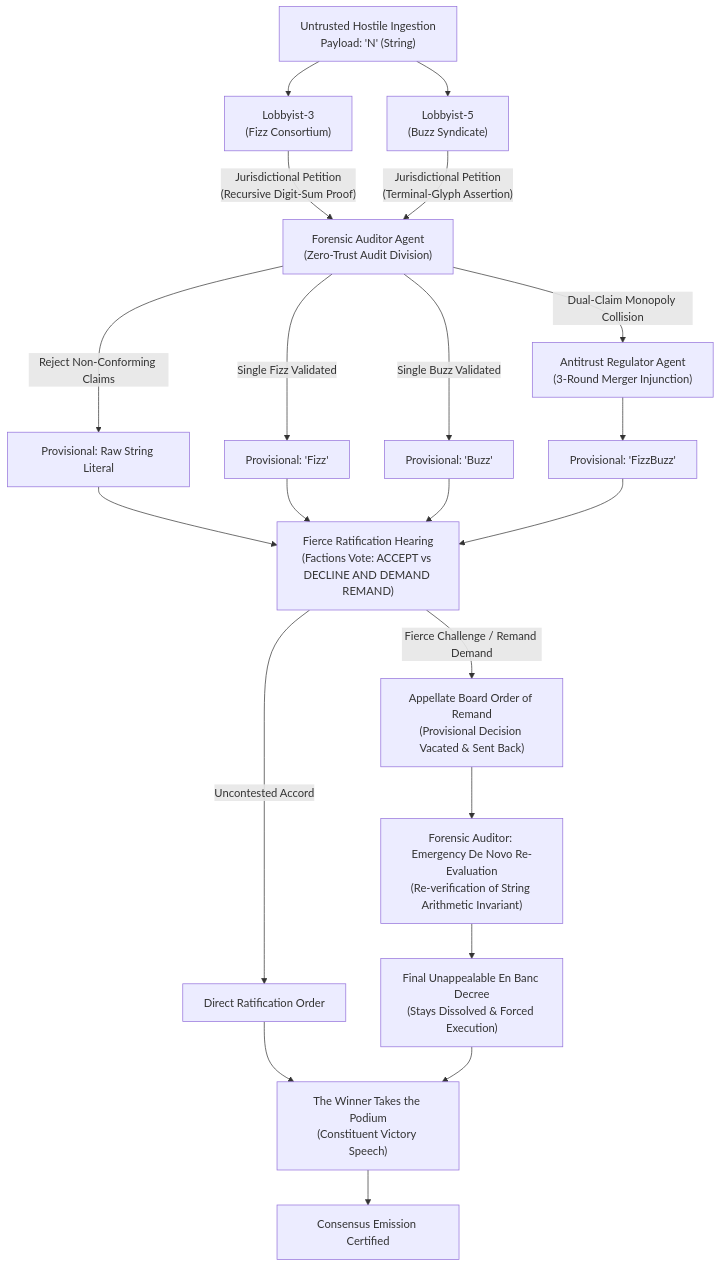
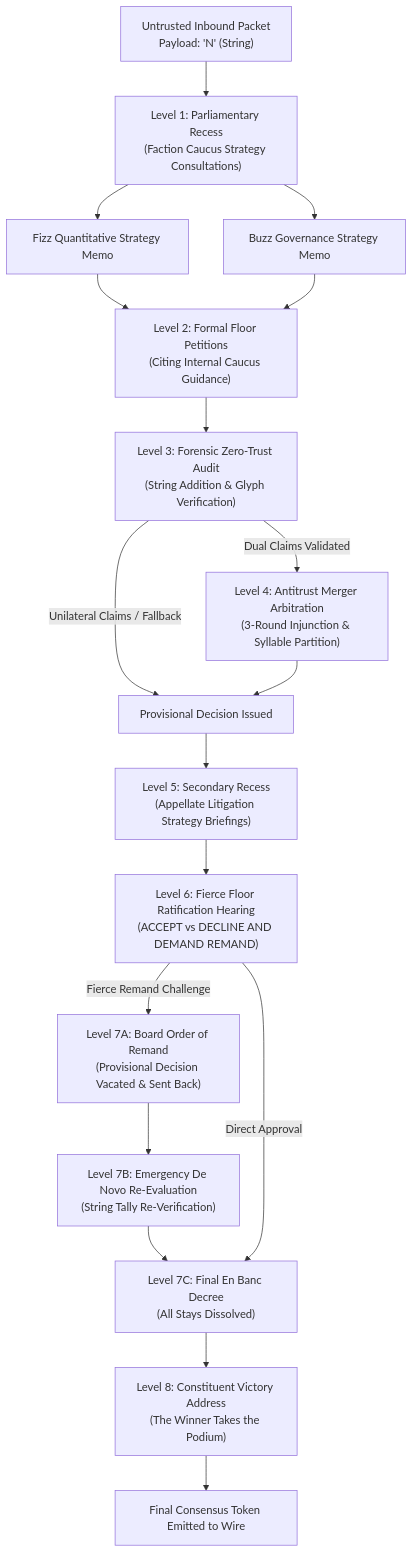
Before and after one commit to adamoutler/byzantine-fizzbuzz: the diagram in README.md, drawn with Mermaid. The commit also changed other lines of this file and 2 other files, not shown here.

Commit message:
feat: implement 8-level multi-tier bureaucracy with closed-door strategy caucuses and parliamentary recesses

````diff
--- a/README.md
+++ b/README.md
@@ -22,29 +21,28 @@
 ```mermaid
 flowchart TD
-    Ingest["Untrusted Hostile Ingestion<br>Payload: 'N' (String)"] --> L3["Lobbyist-3<br>(Fizz Consortium)"]
-    Ingest --> L5["Lobbyist-5<br>(Buzz Syndicate)"]
-
-    L3 -- "Jurisdictional Petition<br>(Recursive Digit-Sum Proof)" --> Auditor["Forensic Auditor Agent<br>(Zero-Trust Audit Division)"]
-    L5 -- "Jurisdictional Petition<br>(Terminal-Glyph Assertion)" --> Auditor
-
-    Auditor -- "Reject Non-Conforming Claims" --> ProvLiteral["Provisional: Raw String Literal"]
-    Auditor -- "Single Fizz Validated" --> ProvFizz["Provisional: 'Fizz'"]
-    Auditor -- "Single Buzz Validated" --> ProvBuzz["Provisional: 'Buzz'"]
-    Auditor -- "Dual-Claim Monopoly Collision" --> FTC["Antitrust Regulator Agent<br>(3-Round Merger Injunction)"]
-    FTC --> ProvFizzBuzz["Provisional: 'FizzBuzz'"]
-
-    ProvLiteral --> Ratify["Fierce Ratification Hearing<br>(Factions Vote: ACCEPT vs DECLINE AND DEMAND REMAND)"]
-    ProvFizz --> Ratify
-    ProvBuzz --> Ratify
-    ProvFizzBuzz --> Ratify
-
-    Ratify -- "Uncontested Accord" --> DirectOverride["Direct Ratification Order"]
-    Ratify -- "Fierce Challenge / Remand Demand" --> Remand["Appellate Board Order of Remand<br>(Provisional Decision Vacated & Sent Back)"]
-
-    Remand --> DeNovo["Forensic Auditor: Emergency De Novo Re-Evaluation<br>(Re-verification of String Arithmetic Invariant)"]
-    DeNovo --> EnBanc["Final Unappealable En Banc Decree<br>(Stays Dissolved & Forced Execution)"]
-
-    DirectOverride --> Podium["The Winner Takes the Podium<br>(Constituent Victory Speech)"]
-    EnBanc --> Podium
-    Podium --> EmitFinal["Consensus Emission Certified"]
+    Ingest["Untrusted Inbound Packet<br>Payload: 'N' (String)"] --> Recess1["Level 1: Parliamentary Recess<br>(Faction Caucus Strategy Consultations)"]
+    
+    Recess1 --> F1["Fizz Quantitative Strategy Memo"]
+    Recess1 --> B1["Buzz Governance Strategy Memo"]
+    
+    F1 --> Floor["Level 2: Formal Floor Petitions<br>(Citing Internal Caucus Guidance)"]
+    B1 --> Floor
+    
+    Floor --> Audit["Level 3: Forensic Zero-Trust Audit<br>(String Addition & Glyph Verification)"]
+    
+    Audit -- "Dual Claims Validated" --> Merger["Level 4: Antitrust Merger Arbitration<br>(3-Round Injunction & Syllable Partition)"]
+    Audit -- "Unilateral Claims / Fallback" --> ProvDecision["Provisional Decision Issued"]
+    Merger --> ProvDecision
+    
+    ProvDecision --> Recess2["Level 5: Secondary Recess<br>(Appellate Litigation Strategy Briefings)"]
+    Recess2 --> Ratify["Level 6: Fierce Floor Ratification Hearing<br>(ACCEPT vs DECLINE AND DEMAND REMAND)"]
+    
+    Ratify -- "Fierce Remand Challenge" --> Remand["Level 7A: Board Order of Remand<br>(Provisional Decision Vacated & Sent Back)"]
+    Remand --> DeNovo["Level 7B: Emergency De Novo Re-Evaluation<br>(String Tally Re-Verification)"]
+    DeNovo --> EnBanc["Level 7C: Final En Banc Decree<br>(All Stays Dissolved)"]
+    
+    Ratify -- "Direct Approval" --> EnBanc
+    
+    EnBanc --> Podium["Level 8: Constituent Victory Address<br>(The Winner Takes the Podium)"]
+    Podium --> Wire["Final Consensus Token Emitted to Wire"]
 ```
````
